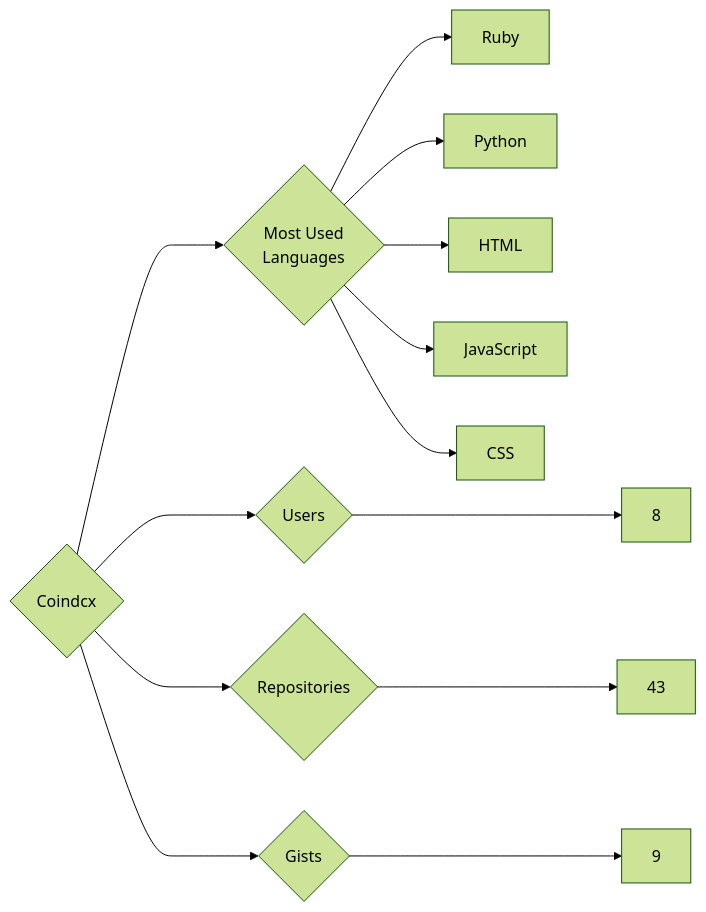
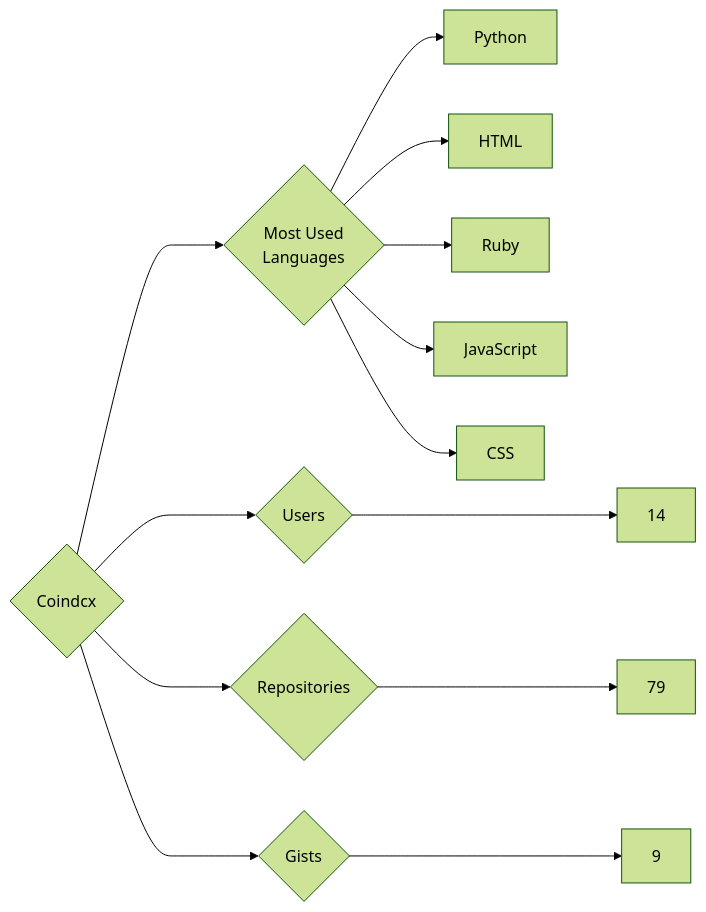
One commit to trickest/insiders changed the diagram in targets/Coindcx/README.md. Above: the diagram before and after it, drawn with Mermaid (forest theme). The commit also changed 933 other files, not shown here.

````diff
--- a/targets/Coindcx/README.md
+++ b/targets/Coindcx/README.md
@@ -3,13 +3,13 @@
 ```mermaid
 graph LR
 COMPANY_NAME{Coindcx}
-COMPANY_NAME ---> U{Users} ---> UN[8]
-COMPANY_NAME ---> R{Repositories} ---> RN[43]
+COMPANY_NAME ---> U{Users} ---> UN[14]
+COMPANY_NAME ---> R{Repositories} ---> RN[79]
 COMPANY_NAME ---> G{Gists} ---> GN[9]
 COMPANY_NAME ---> ML{Most Used<br>Languages}
-ML --> Ruby[Ruby]
 ML --> Python[Python]
 ML --> HTML[HTML]
+ML --> Ruby[Ruby]
 ML --> JavaScript[JavaScript]
 ML --> CSS[CSS]
 ```
````
